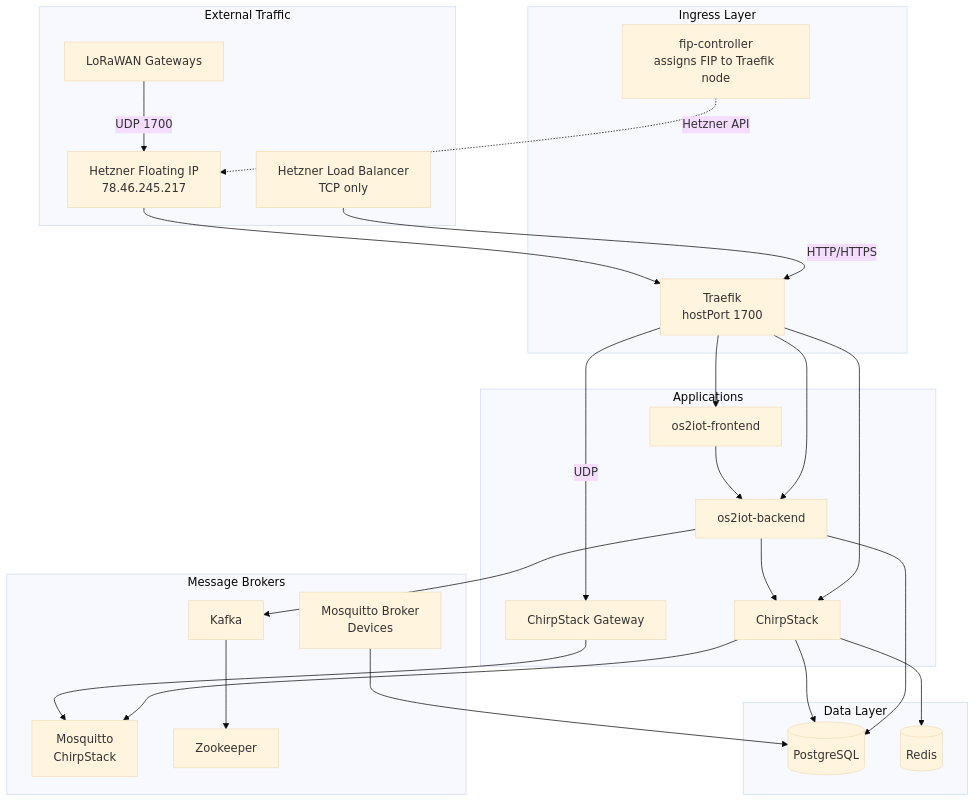
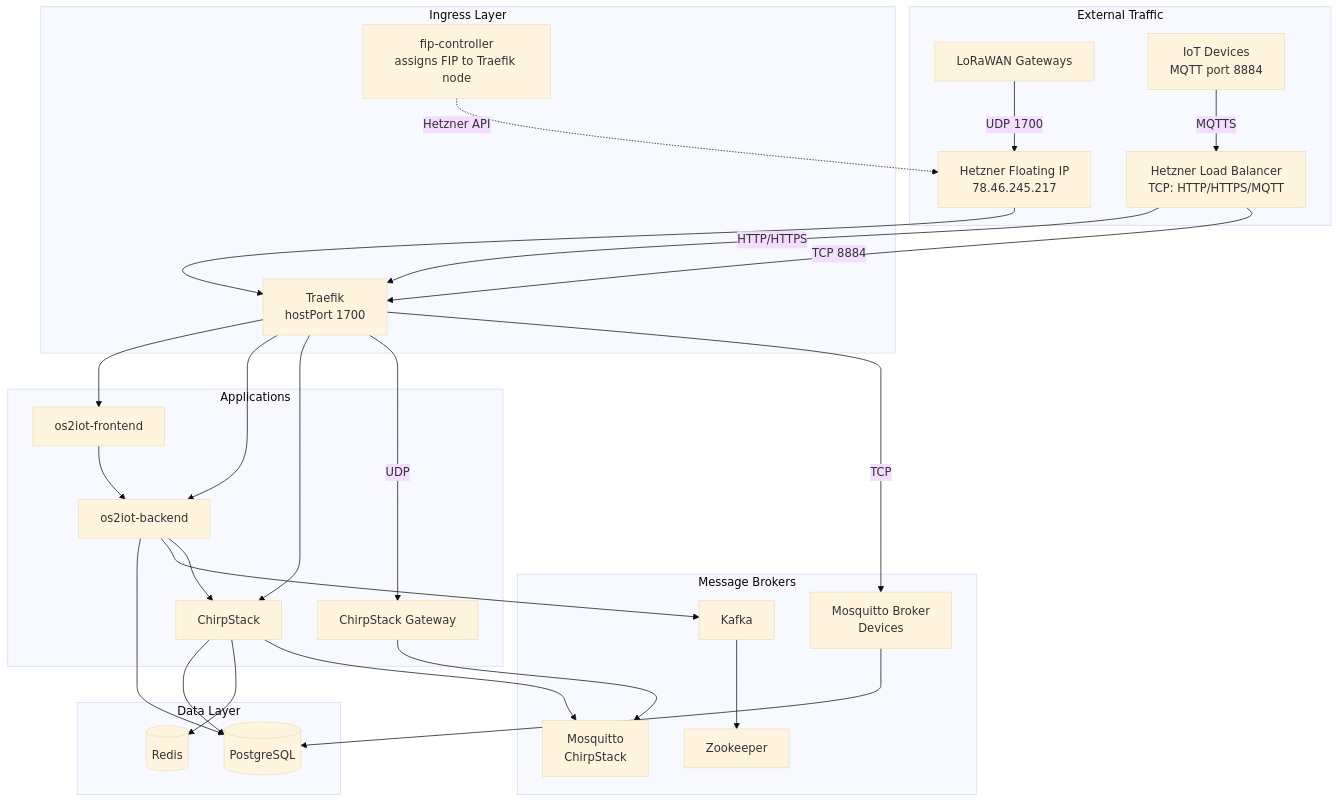
The diagram in README.md (itk-dev/OS2IoT-helm), drawn with Mermaid (base theme) before and after one commit. The commit also changed other lines of this file, not shown here.

Commit message:
Updated readme with information about access to MQTT broker

````diff
--- a/README.md
+++ b/README.md
@@ -25,51 +25,55 @@
 ```mermaid
 graph TB
     subgraph "External Traffic"
-        LB[Hetzner Load Balancer<br/>TCP only]
+        LB[Hetzner Load Balancer<br/>TCP: HTTP/HTTPS/MQTT]
         FIP[Hetzner Floating IP<br/>78.46.245.217]
         GW[LoRaWAN Gateways]
+        IOT[IoT Devices<br/>MQTT port 8884]
     end
 
     subgraph "Ingress Layer"
         TR[Traefik<br/>hostPort 1700]
         FIPC[fip-controller<br/>assigns FIP to Traefik node]
     end
 
     subgraph "Applications"
         FE[os2iot-frontend]
         BE[os2iot-backend]
         CS[ChirpStack]
         CGW[ChirpStack Gateway]
     end
 
     subgraph "Message Brokers"
         MQ1[Mosquitto<br/>ChirpStack]
         MQ2[Mosquitto Broker<br/>Devices]
         KF[Kafka]
         ZK[Zookeeper]
     end
 
     subgraph "Data Layer"
         PG[(PostgreSQL)]
         RD[(Redis)]
     end
 
     LB -->|HTTP/HTTPS| TR
+    LB -->|TCP 8884| TR
     GW -->|UDP 1700| FIP
     FIP --> TR
+    IOT -->|MQTTS| LB
     FIPC -.->|Hetzner API| FIP
     TR --> FE
     TR --> BE
     TR --> CS
     TR -->|UDP| CGW
+    TR -->|TCP| MQ2
     FE --> BE
     BE --> PG
     BE --> KF
     BE --> CS
     CS --> PG
     CS --> RD
     CS --> MQ1
     CGW --> MQ1
     MQ2 --> PG
     KF --> ZK
 ```
````
